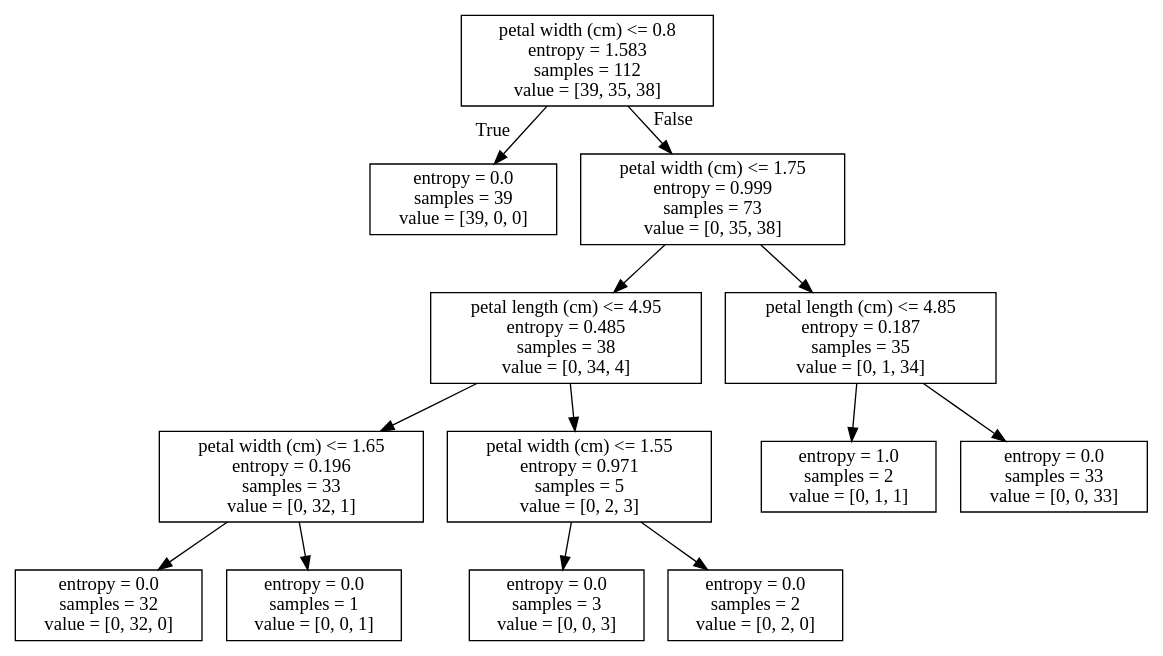
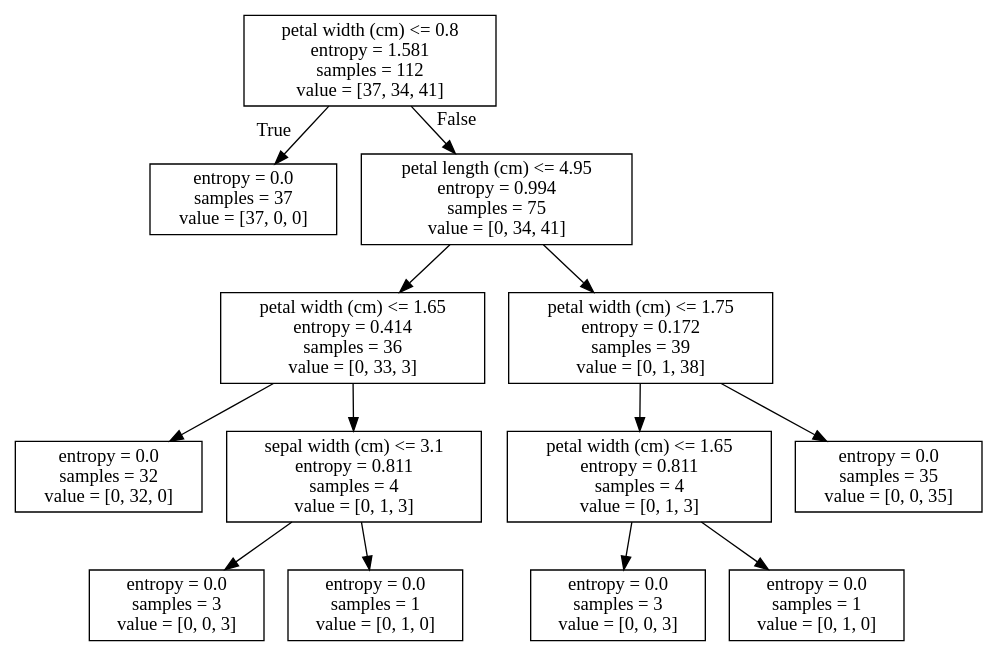
The diagram in result/scikit-learn dot/iris result-second.dot (gomljo/DecisionTreeForPaper), drawn with Graphviz before and after one commit. The commit also changed 38 other files, not shown here.

```diff
--- a/result/scikit-learn dot/iris result-second.dot
+++ b/result/scikit-learn dot/iris result-second.dot
@@ -1,28 +1,28 @@
 digraph Tree {
 node [shape=box] ;
-0 [label="petal width (cm) <= 0.8\nentropy = 1.583\nsamples = 112\nvalue = [39, 35, 38]"] ;
-1 [label="entropy = 0.0\nsamples = 39\nvalue = [39, 0, 0]"] ;
+0 [label="petal width (cm) <= 0.8\nentropy = 1.581\nsamples = 112\nvalue = [37, 34, 41]"] ;
+1 [label="entropy = 0.0\nsamples = 37\nvalue = [37, 0, 0]"] ;
 0 -> 1 [labeldistance=2.5, labelangle=45, headlabel="True"] ;
-2 [label="petal width (cm) <= 1.75\nentropy = 0.999\nsamples = 73\nvalue = [0, 35, 38]"] ;
+2 [label="petal length (cm) <= 4.95\nentropy = 0.994\nsamples = 75\nvalue = [0, 34, 41]"] ;
 0 -> 2 [labeldistance=2.5, labelangle=-45, headlabel="False"] ;
-3 [label="petal length (cm) <= 4.95\nentropy = 0.485\nsamples = 38\nvalue = [0, 34, 4]"] ;
+3 [label="petal width (cm) <= 1.65\nentropy = 0.414\nsamples = 36\nvalue = [0, 33, 3]"] ;
 2 -> 3 ;
-4 [label="petal width (cm) <= 1.65\nentropy = 0.196\nsamples = 33\nvalue = [0, 32, 1]"] ;
+4 [label="entropy = 0.0\nsamples = 32\nvalue = [0, 32, 0]"] ;
 3 -> 4 ;
-5 [label="entropy = 0.0\nsamples = 32\nvalue = [0, 32, 0]"] ;
-4 -> 5 ;
-6 [label="entropy = 0.0\nsamples = 1\nvalue = [0, 0, 1]"] ;
-4 -> 6 ;
-7 [label="petal width (cm) <= 1.55\nentropy = 0.971\nsamples = 5\nvalue = [0, 2, 3]"] ;
-3 -> 7 ;
-8 [label="entropy = 0.0\nsamples = 3\nvalue = [0, 0, 3]"] ;
-7 -> 8 ;
-9 [label="entropy = 0.0\nsamples = 2\nvalue = [0, 2, 0]"] ;
-7 -> 9 ;
-10 [label="petal length (cm) <= 4.85\nentropy = 0.187\nsamples = 35\nvalue = [0, 1, 34]"] ;
-2 -> 10 ;
-11 [label="entropy = 1.0\nsamples = 2\nvalue = [0, 1, 1]"] ;
-10 -> 11 ;
-12 [label="entropy = 0.0\nsamples = 33\nvalue = [0, 0, 33]"] ;
-10 -> 12 ;
+5 [label="sepal width (cm) <= 3.1\nentropy = 0.811\nsamples = 4\nvalue = [0, 1, 3]"] ;
+3 -> 5 ;
+6 [label="entropy = 0.0\nsamples = 3\nvalue = [0, 0, 3]"] ;
+5 -> 6 ;
+7 [label="entropy = 0.0\nsamples = 1\nvalue = [0, 1, 0]"] ;
+5 -> 7 ;
+8 [label="petal width (cm) <= 1.75\nentropy = 0.172\nsamples = 39\nvalue = [0, 1, 38]"] ;
+2 -> 8 ;
+9 [label="petal width (cm) <= 1.65\nentropy = 0.811\nsamples = 4\nvalue = [0, 1, 3]"] ;
+8 -> 9 ;
+10 [label="entropy = 0.0\nsamples = 3\nvalue = [0, 0, 3]"] ;
+9 -> 10 ;
+11 [label="entropy = 0.0\nsamples = 1\nvalue = [0, 1, 0]"] ;
+9 -> 11 ;
+12 [label="entropy = 0.0\nsamples = 35\nvalue = [0, 0, 35]"] ;
+8 -> 12 ;
 }
```
